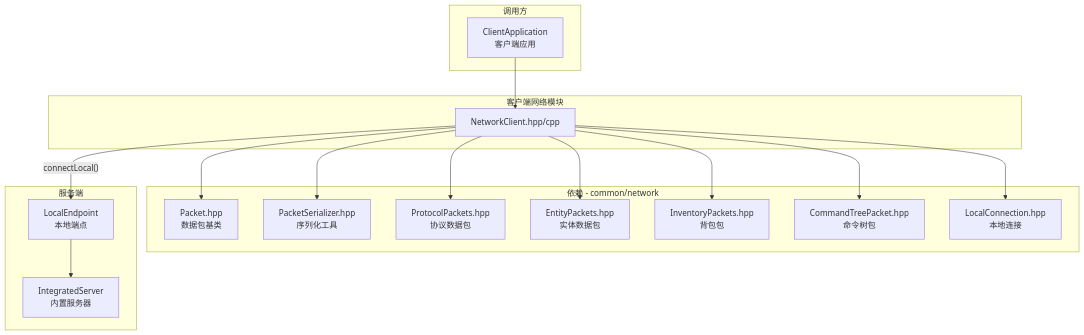
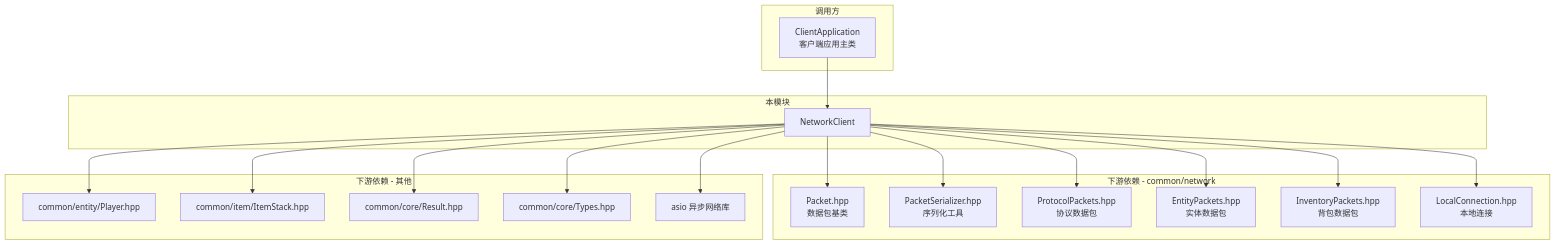
One commit to g122622/Cubium changed the second of 2 diagrams in src/client/network/README.md. Above: the diagram before and after it, drawn with Mermaid. The commit also changed other lines of this file and 298 other files, not shown here.

````diff
--- a/src/client/network/README.md
+++ b/src/client/network/README.md
@@ -261,38 +40,40 @@
 ```mermaid
 graph TB
-    subgraph "客户端网络模块"
-        NetworkClient[NetworkClient.hpp/cpp]
+    subgraph "调用方"
+        ClientApp[ClientApplication<br/>客户端应用主类]
     end
 
-    subgraph "依赖 - common/network"
+    subgraph "本模块"
+        NC[NetworkClient]
+    end
+
+    subgraph "下游依赖 - common/network"
         Packet[Packet.hpp<br/>数据包基类]
         Serializer[PacketSerializer.hpp<br/>序列化工具]
         ProtocolPackets[ProtocolPackets.hpp<br/>协议数据包]
         EntityPackets[EntityPackets.hpp<br/>实体数据包]
-        InventoryPackets[InventoryPackets.hpp<br/>背包包]
-        CommandTree[CommandTreePacket.hpp<br/>命令树包]
+        InventoryPackets[InventoryPackets.hpp<br/>背包数据包]
         LocalConnection[LocalConnection.hpp<br/>本地连接]
     end
 
-    subgraph "调用方"
-        ClientApplication[ClientApplication<br/>客户端应用]
+    subgraph "下游依赖 - 其他"
+        Player[common/entity/Player.hpp]
+        ItemStack[common/item/ItemStack.hpp]
+        Result[common/core/Result.hpp]
+        Types[common/core/Types.hpp]
+        asio[asio 异步网络库]
     end
 
-    subgraph "服务端"
-        IntegratedServer[IntegratedServer<br/>内置服务器]
-        LocalEndpoint[LocalEndpoint<br/>本地端点]
-    end
-
-    NetworkClient --> Packet
-    NetworkClient --> Serializer
-    NetworkClient --> ProtocolPackets
-    NetworkClient --> EntityPackets
-    NetworkClient --> InventoryPackets
-    NetworkClient --> CommandTree
-    NetworkClient --> LocalConnection
-
-    ClientApplication --> NetworkClient
-
-    NetworkClient -->|"connectLocal()"| LocalEndpoint
-    LocalEndpoint --> IntegratedServer
+    ClientApp --> NC
+    NC --> Packet
+    NC --> Serializer
+    NC --> ProtocolPackets
+    NC --> EntityPackets
+    NC --> InventoryPackets
+    NC --> LocalConnection
+    NC --> Player
+    NC --> ItemStack
+    NC --> Result
+    NC --> Types
+    NC --> asio
 ```
````
